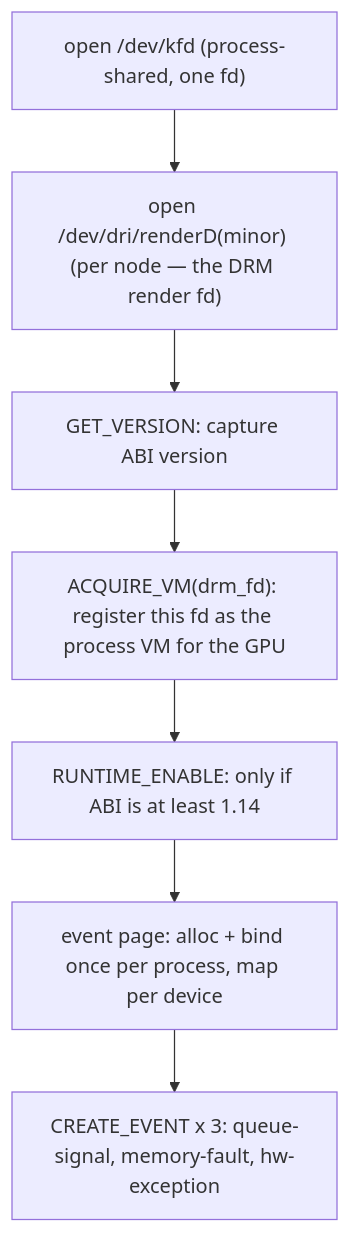
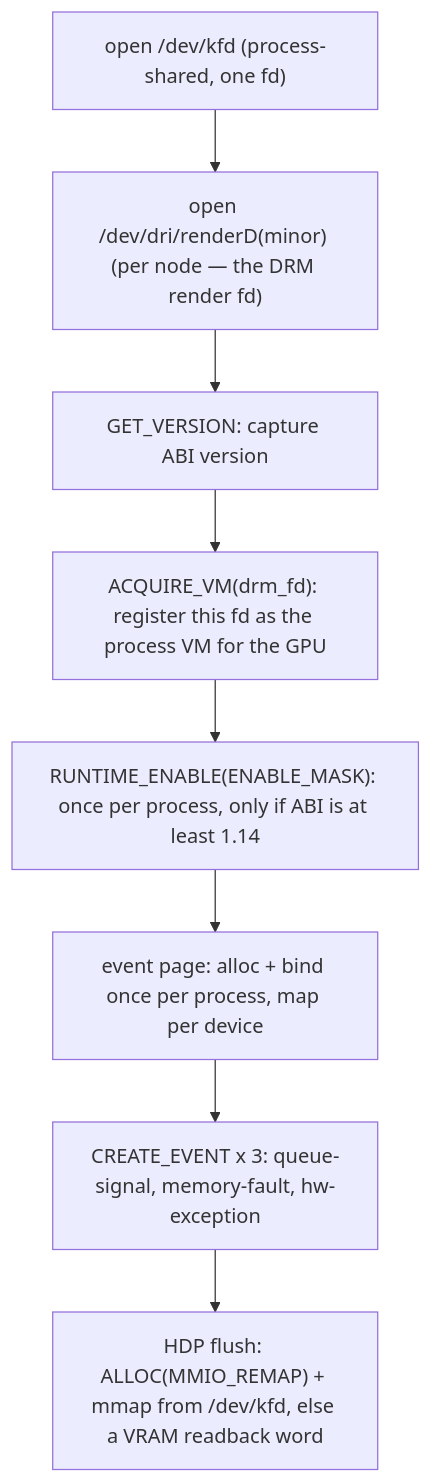
Before and after one commit to npatsakula/svod: the diagram in website/docs/backends/amd/kfd-bindings.md, drawn with Mermaid. The commit also changed other lines of this file and 31 other files, not shown here.

Commit message:
[*] docs: AMD and backend pages describe the kernarg ring, AQL retirement, host HDP flush, queue errors and scratch growth as the code does them

````diff
--- a/website/docs/backends/amd/kfd-bindings.md
+++ b/website/docs/backends/amd/kfd-bindings.md
@@ -108,9 +109,10 @@
 ```mermaid
 flowchart TD
   A["open /dev/kfd (process-shared, one fd)"] --> B["open /dev/dri/renderD(minor) (per node — the DRM render fd)"]
   B --> C["GET_VERSION: capture ABI version"]
   C --> D["ACQUIRE_VM(drm_fd): register this fd as the process VM for the GPU"]
-  D --> E["RUNTIME_ENABLE: only if ABI is at least 1.14"]
+  D --> E["RUNTIME_ENABLE(ENABLE_MASK): once per process, only if ABI is at least 1.14"]
   E --> F["event page: alloc + bind once per process, map per device"]
   F --> G["CREATE_EVENT x 3: queue-signal, memory-fault, hw-exception"]
+  G --> H["HDP flush: ALLOC(MMIO_REMAP) + mmap from /dev/kfd, else a VRAM readback word"]
 ```
````
